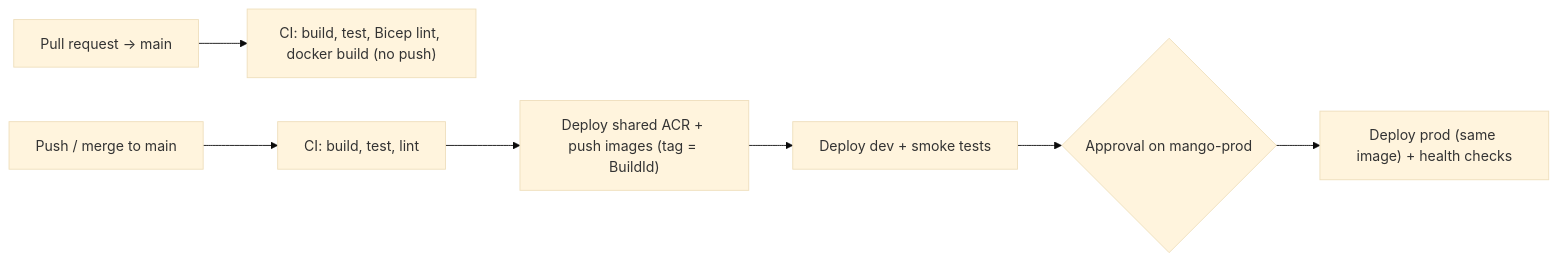
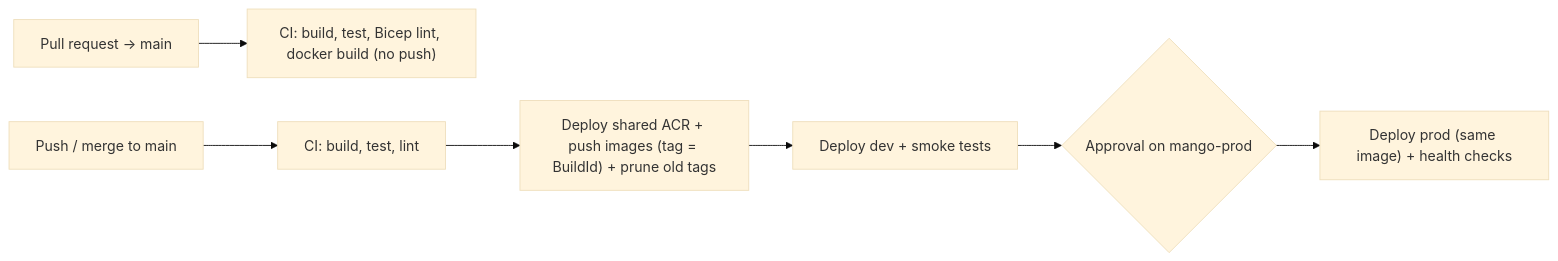
One commit to Aabhaas9413/RabbitText changed the diagram in docs/AZURE_DEPLOYMENT.md. Above: the diagram before and after it, drawn with Mermaid (base theme). The commit also changed other lines of this file and 6 other files, not shown here.

````diff
--- a/docs/AZURE_DEPLOYMENT.md
+++ b/docs/AZURE_DEPLOYMENT.md
@@ -39,9 +57,9 @@
 ```mermaid
 flowchart LR
     PR["Pull request → main"] --> CI1["CI: build, test, Bicep lint, docker build (no push)"]
     Main["Push / merge to main"] --> CI2["CI: build, test, lint"]
-    CI2 --> IMG["Deploy shared ACR + push images (tag = BuildId)"]
+    CI2 --> IMG["Deploy shared ACR + push images (tag = BuildId) + prune old tags"]
     IMG --> DEV["Deploy dev + smoke tests"]
     DEV --> APPROVAL{"Approval on mango-prod"}
     APPROVAL --> PROD["Deploy prod (same image) + health checks"]
 ```
````
